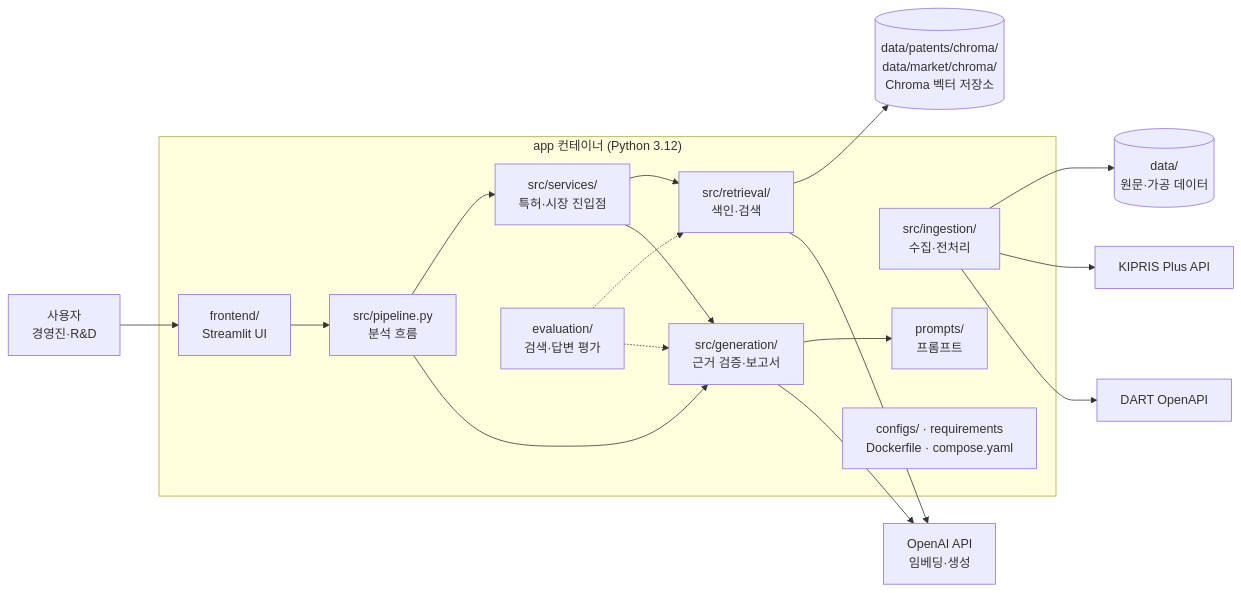
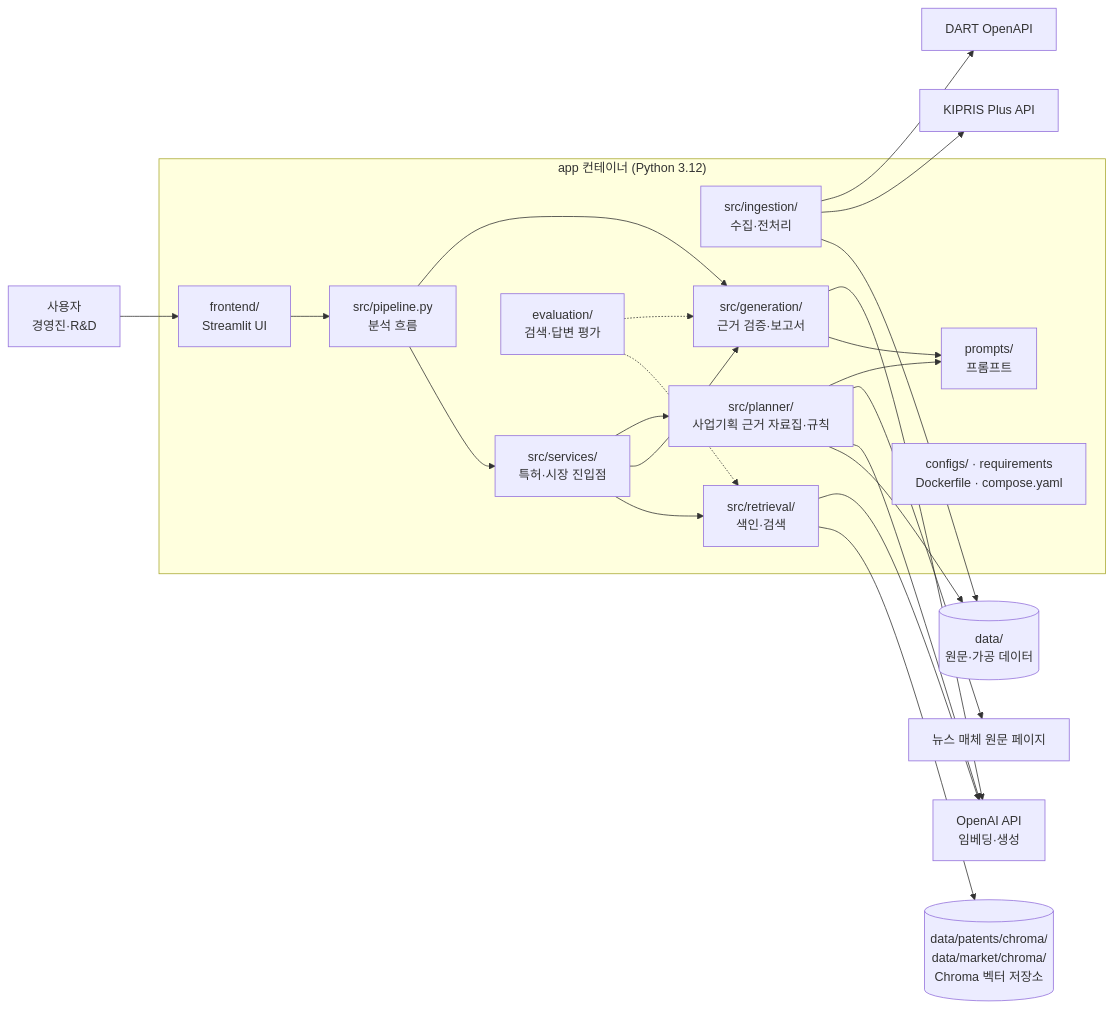
The diagram in docs/architecture.md (LG-CNS-RAG-Project1/LG-CNS-RAG-Project), drawn with Mermaid before and after one commit. The commit also changed other lines of this file and 5 other files, not shown here.

````diff
--- a/docs/architecture.md
+++ b/docs/architecture.md
@@ -13,62 +13,70 @@
 ```mermaid
 flowchart LR
   user["사용자<br/>경영진·R&D"]
 
   subgraph app["app 컨테이너 (Python 3.12)"]
     frontend["frontend/<br/>Streamlit UI"]
     services["src/services/<br/>특허·시장 진입점"]
     pipeline["src/pipeline.py<br/>분석 흐름"]
     ingestion["src/ingestion/<br/>수집·전처리"]
     retrieval["src/retrieval/<br/>색인·검색"]
     generation["src/generation/<br/>근거 검증·보고서"]
+    planner["src/planner/<br/>사업기획 근거 자료집·규칙"]
     prompts["prompts/<br/>프롬프트"]
     evaluation["evaluation/<br/>검색·답변 평가"]
     runtime["configs/ · requirements<br/>Dockerfile · compose.yaml"]
   end
 
   chroma[("data/patents/chroma/<br/>data/market/chroma/<br/>Chroma 벡터 저장소")]
   datastore[("data/<br/>원문·가공 데이터")]
   kipris["KIPRIS Plus API"]
   dart["DART OpenAPI"]
   openai["OpenAI API<br/>임베딩·생성"]
+  media["뉴스 매체 원문 페이지"]
 
   user --> frontend
   frontend --> pipeline
   pipeline --> services
   pipeline --> generation
   services --> retrieval
   services --> generation
   ingestion --> datastore
   ingestion --> kipris
   ingestion --> dart
   retrieval --> chroma
   retrieval --> openai
   generation --> prompts
   generation --> openai
+  services --> planner
+  planner --> datastore
+  planner --> openai
+  planner --> media
+  planner --> prompts
   evaluation -.-> retrieval
   evaluation -.-> generation
 
   %% map frontend/ frontend
   %% map src/services/ services
   %% map src/pipeline.py pipeline
   %% map src/schemas.py pipeline
   %% map src/ingestion/ ingestion
   %% map scripts/collect_patents.py ingestion
   %% map src/retrieval/ retrieval
   %% map scripts/build_patent_index.py retrieval
   %% map src/generation/ generation
+  %% map src/planner/ planner
   %% map prompts/ prompts
   %% map evaluation/ evaluation
   %% map configs/ runtime
   %% map Dockerfile runtime
   %% map compose.yaml runtime
   %% map scripts/idealens.py runtime
   %% map requirements.txt runtime
   %% map requirements-dev.txt runtime
   %% map requirements-ui.txt runtime
   %% ext import:chromadb chroma Chroma 벡터 저장소
   %% ext import:openai openai OpenAI API
   %% ext host:plus.kipris.or.kr kipris KIPRIS Plus API
   %% ext host:naverapihub.apigw.ntruss.com naver 네이버 뉴스 API
   %% ext host:opendart.fss.or.kr dart DART OpenAPI
 ```
````
